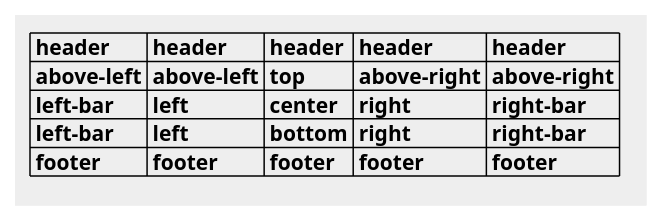
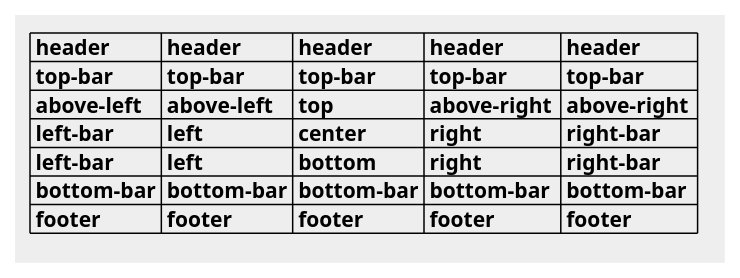
The diagram in Grid-Layout.puml (MoebiusSolutions/extension-scaffold), drawn with PlantUML before and after one commit. The commit also changed 1 other file, not shown here.

```diff
--- a/Grid-Layout.puml
+++ b/Grid-Layout.puml
@@ -1,15 +1,17 @@
 @startuml
 
 skinparam {
     BackgroundColor #eee
 }
 
 title
-  | header     | header     | header | header      | header      |
-  | above-left | above-left | top    | above-right | above-right |
-  | left-bar   | left       | center | right       | right-bar   |
-  | left-bar   | left       | bottom | right       | right-bar   |
-  | footer     | footer     | footer | footer      | footer      |
+  | header     | header     | header     | header      | header      |
+  | top-bar    | top-bar    | top-bar    | top-bar     | top-bar     |
+  | above-left | above-left | top        | above-right | above-right |
+  | left-bar   | left       | center     | right       | right-bar   |
+  | left-bar   | left       | bottom     | right       | right-bar   |
+  | bottom-bar | bottom-bar | bottom-bar | bottom-bar  | bottom-bar  |
+  | footer     | footer     | footer     | footer      | footer      |
 end title
 
 @enduml
```
